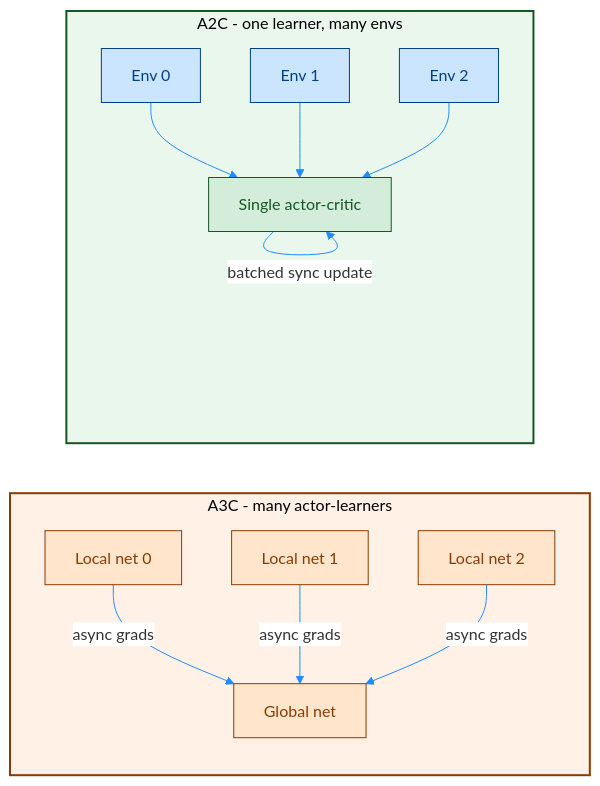
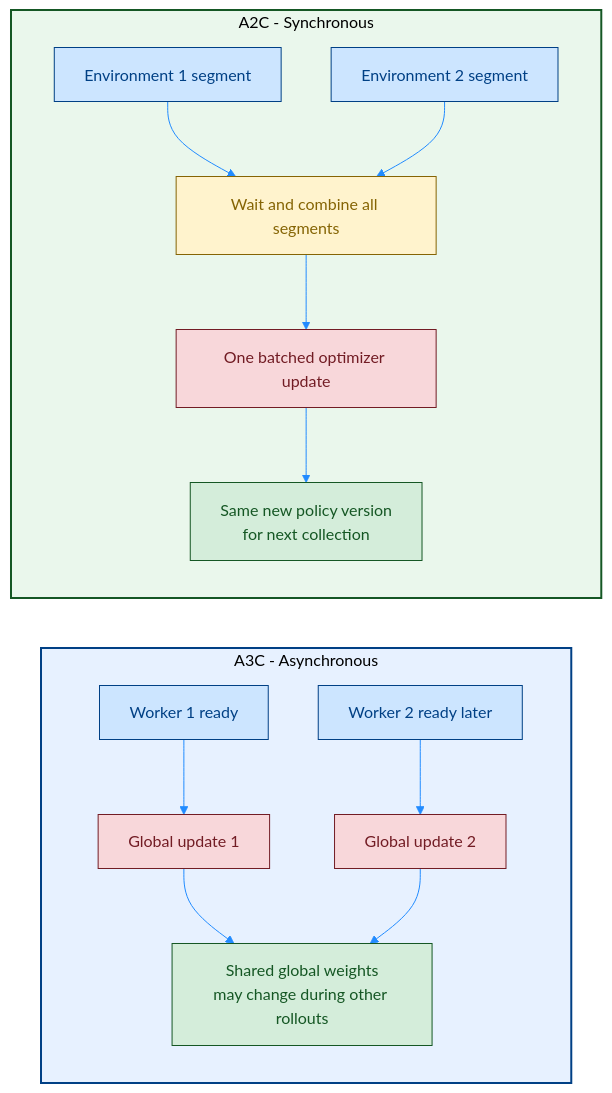
One commit to Open-Source-Robotics-For-Myanmar/rl changed the third of 3 diagrams in Day81 RL python/02_Miguel Morales - Grokking Deep Reinforcement Learning/02_rl_with_dl/rom_photos/10_1_PB_actor-critic_A2C.md. Above: the diagram before and after it, drawn with Mermaid. The commit also changed other lines of this file and 5 other files, not shown here.

Commit message:
docs: organize paper and architecture notes in README

````diff
--- a/Day81 RL python/02_Miguel Morales - Grokking Deep Reinforcement Learning/02_rl_with_dl/rom_photos/10_1_PB_actor-critic_A2C.md
+++ b/Day81 RL python/02_Miguel Morales - Grokking Deep Reinforcement Learning/02_rl_with_dl/rom_photos/10_1_PB_actor-critic_A2C.md
@@ -126,30 +126,27 @@
 ```mermaid
 %%{init: {'theme': 'base', 'themeVariables': { 'primaryColor': '#ffffff', 'lineColor': '#218bff'}}}%%
-graph LR
-    subgraph A3Cside [A3C - many actor-learners]
-        L0[Local net 0] -->|async grads| G[Global net]
-        L1[Local net 1] -->|async grads| G
-        L2[Local net 2] -->|async grads| G
+flowchart LR
+    subgraph ASYNC [A3C - Asynchronous]
+        W1["Worker 1 ready"] --> U1["Global update 1"]
+        W2["Worker 2 ready later"] --> U2["Global update 2"]
+        U1 --> G["Shared global weights<br/>may change during other rollouts"]
+        U2 --> G
+    end
+    subgraph SYNC [A2C - Synchronous]
+        E1["Environment 1 segment"] --> B["Wait and combine all segments"]
+        E2["Environment 2 segment"] --> B
+        B --> U["One batched optimizer update"]
+        U --> P["Same new policy version<br/>for next collection"]
     end
 
-    subgraph A2Cside [A2C - one learner, many envs]
-        E0[Env 0]
-        E1[Env 1]
-        E2[Env 2]
-        E0 --> NET[Single actor-critic]
-        E1 --> NET
-        E2 --> NET
-        NET -->|batched sync update| NET
-    end
-
-    classDef a3c fill:#ffe5cc,stroke:#8a3b00,stroke-width:1px,color:#8a3b00;
-    classDef a2c fill:#d4edda,stroke:#155724,stroke-width:1px,color:#155724;
-    classDef env fill:#cce5ff,stroke:#004085,stroke-width:1px,color:#004085;
-
-    class L0,L1,L2,G a3c;
-    class NET a2c;
-    class E0,E1,E2 env;
-
-    style A3Cside fill:#fff1e5,stroke:#8a3b00,stroke-width:2px;
-    style A2Cside fill:#eaf7ec,stroke:#155724,stroke-width:2px;
+    classDef data fill:#cce5ff,stroke:#004085,stroke-width:1px,color:#004085;
+    classDef batch fill:#fff3cd,stroke:#856404,stroke-width:1px,color:#856404;
+    classDef network fill:#d4edda,stroke:#155724,stroke-width:1px,color:#155724;
+    classDef train fill:#f8d7da,stroke:#721c24,stroke-width:1px,color:#721c24;
+    class W1,W2,E1,E2 data;
+    class B batch;
+    class G,P network;
+    class U1,U2,U train;
+    style ASYNC fill:#e7f1ff,stroke:#004085,stroke-width:2px;
+    style SYNC fill:#eaf7ec,stroke:#155724,stroke-width:2px;
 ```
````
